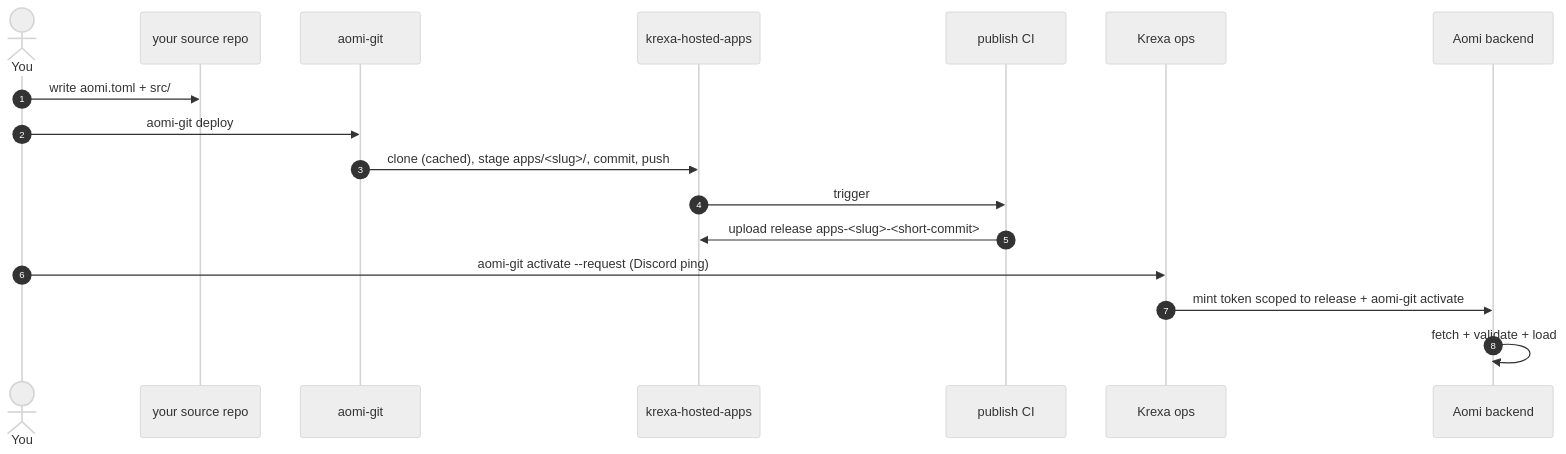
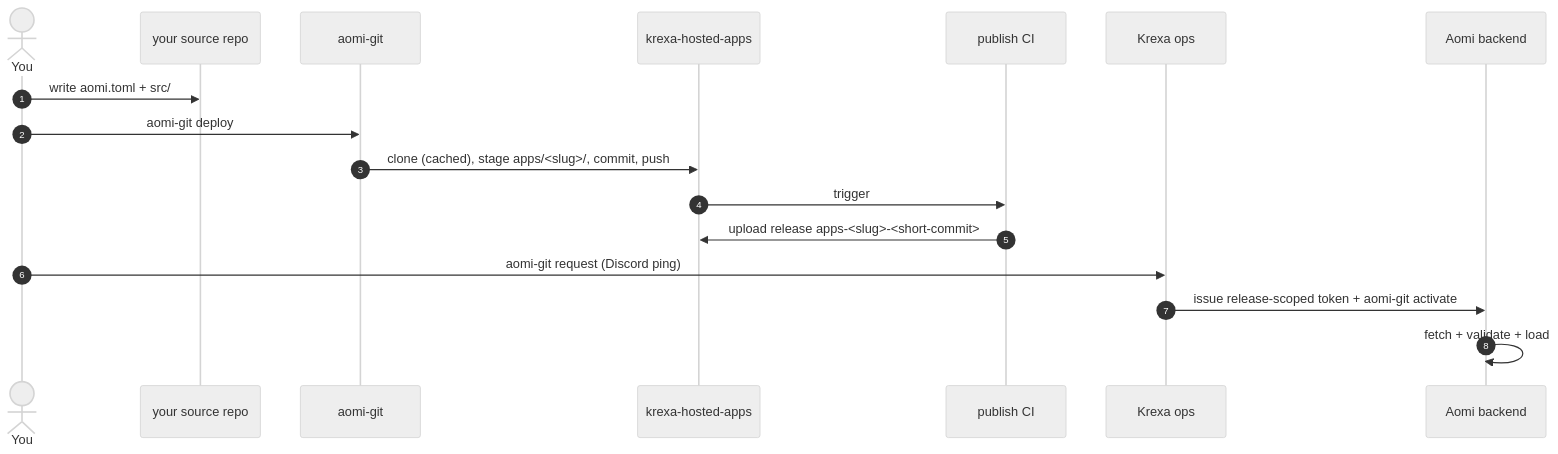
The diagram in CONTRIBUTING.md (aomi-labs/krexa-hosted-apps), drawn with Mermaid (neutral theme) before and after one commit. The commit also changed other lines of this file, not shown here.

First line of the commit message:
docs(contributing): align with new aomi-git flow (request subcommand, explicit activate)

````diff
--- a/CONTRIBUTING.md
+++ b/CONTRIBUTING.md
@@ -10,20 +10,20 @@
 ```mermaid
 sequenceDiagram
     autonumber
     actor You
     participant Src as your source repo
     participant CLI as aomi-git
     participant Repo as krexa-hosted-apps
     participant CI as publish CI
     participant Ops as Krexa ops
     participant BE as Aomi backend
 
     You->>Src: write aomi.toml + src/
     You->>CLI: aomi-git deploy
     CLI->>Repo: clone (cached), stage apps/<slug>/, commit, push
     Repo->>CI: trigger
     CI->>Repo: upload release apps-<slug>-<short-commit>
-    You->>Ops: aomi-git activate --request (Discord ping)
-    Ops->>BE: mint token scoped to release + aomi-git activate
+    You->>Ops: aomi-git request (Discord ping)
+    Ops->>BE: issue release-scoped token + aomi-git activate
     BE->>BE: fetch + validate + load
 ```
````
